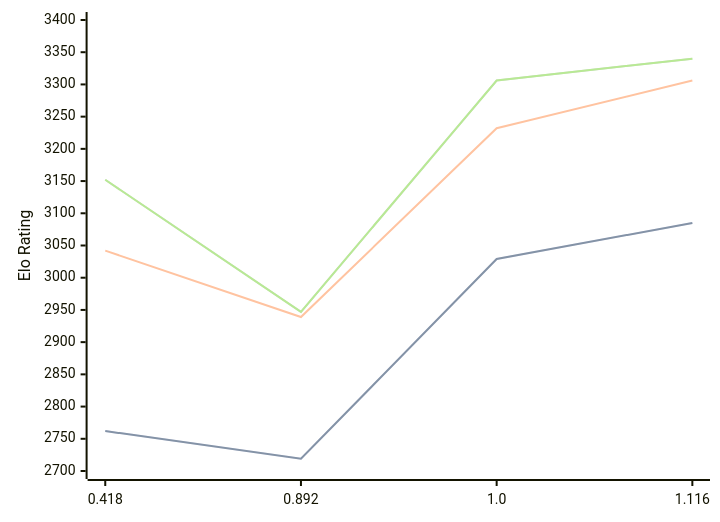
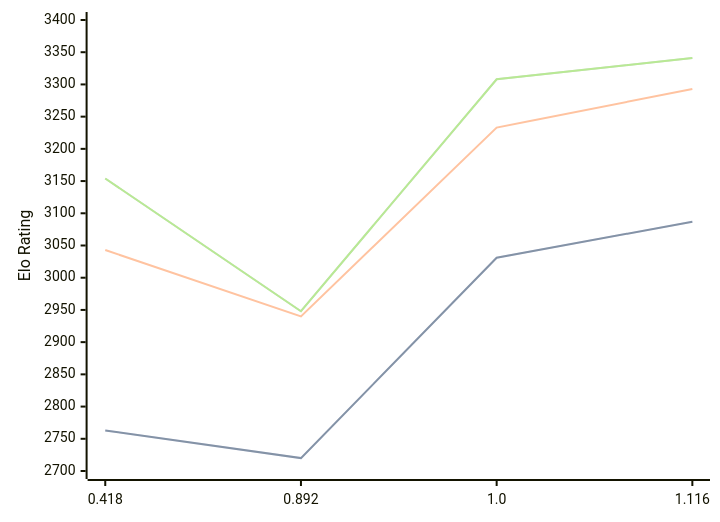
Before and after one commit to computer-chess-index/cci: the diagram in engines/Malika.md, drawn with Mermaid. The commit also changed other lines of this file, not shown here.

Commit message:
Update CCI Ratings (ELO VLTC) - 2026-05-16

````diff
--- a/engines/Malika.md
+++ b/engines/Malika.md
@@ -34,11 +34,11 @@
 ```mermaid
 %%{init: {"theme":"base","themeVariables":{"seriesColors:['#a3a3a3','#222221','#faa371']}}}%%
 xychart-beta
   x-axis ["0.418", "0.892", "1.0", "1.116"]
   y-axis "Elo Rating" 2700 --> 3400
-  line "STC (8.0+0.08s)" [2762, 2719, 3029, 3085]
-  line "STC (8.0+0.08s)" [2762, 2719, 3029, 3085]
-  line "LTC (60.0+0.60s)" [3042, 2939, 3232, 3306]
-  line "VLTC (2m24s+1.12s)" [3152, 2947, 3306, 3340]
-  line "VLTC (2m24s+1.12s)" [3152, 2947, 3306, 3340]
+  line "STC (8.0+0.08s)" [2763, 2720, 3031, 3087]
+  line "STC (8.0+0.08s)" [2763, 2720, 3031, 3087]
+  line "LTC (60.0+0.60s)" [3043, 2940, 3233, 3293]
+  line "VLTC (2m24s+1.12s)" [3154, 2948, 3308, 3341]
+  line "VLTC (2m24s+1.12s)" [3154, 2948, 3308, 3341]
 ```
````
